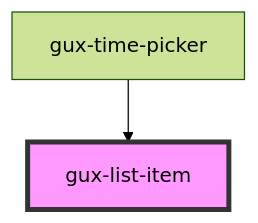
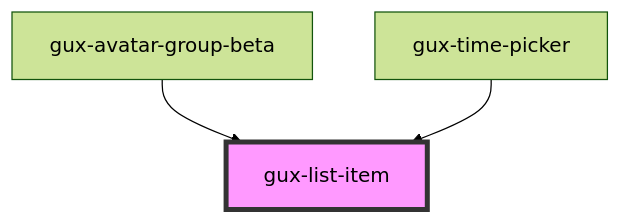
Before and after one commit to MyPureCloud/genesys-spark: the diagram in packages/genesys-spark-components/src/components/stable/gux-list/gux-list-item/readme.md, drawn with Mermaid (forest theme). The commit also changed other lines of this file and 10 other files, not shown here.

Commit message:
chore(avatar-group): keyboard navigation first attempt

````diff
--- a/packages/genesys-spark-components/src/components/stable/gux-list/gux-list-item/readme.md
+++ b/packages/genesys-spark-components/src/components/stable/gux-list/gux-list-item/readme.md
@@ -29,5 +30,6 @@
 ```mermaid
 graph TD;
+  gux-avatar-group-beta --> gux-list-item
   gux-time-picker --> gux-list-item
   style gux-list-item fill:#f9f,stroke:#333,stroke-width:4px
 ```
````
